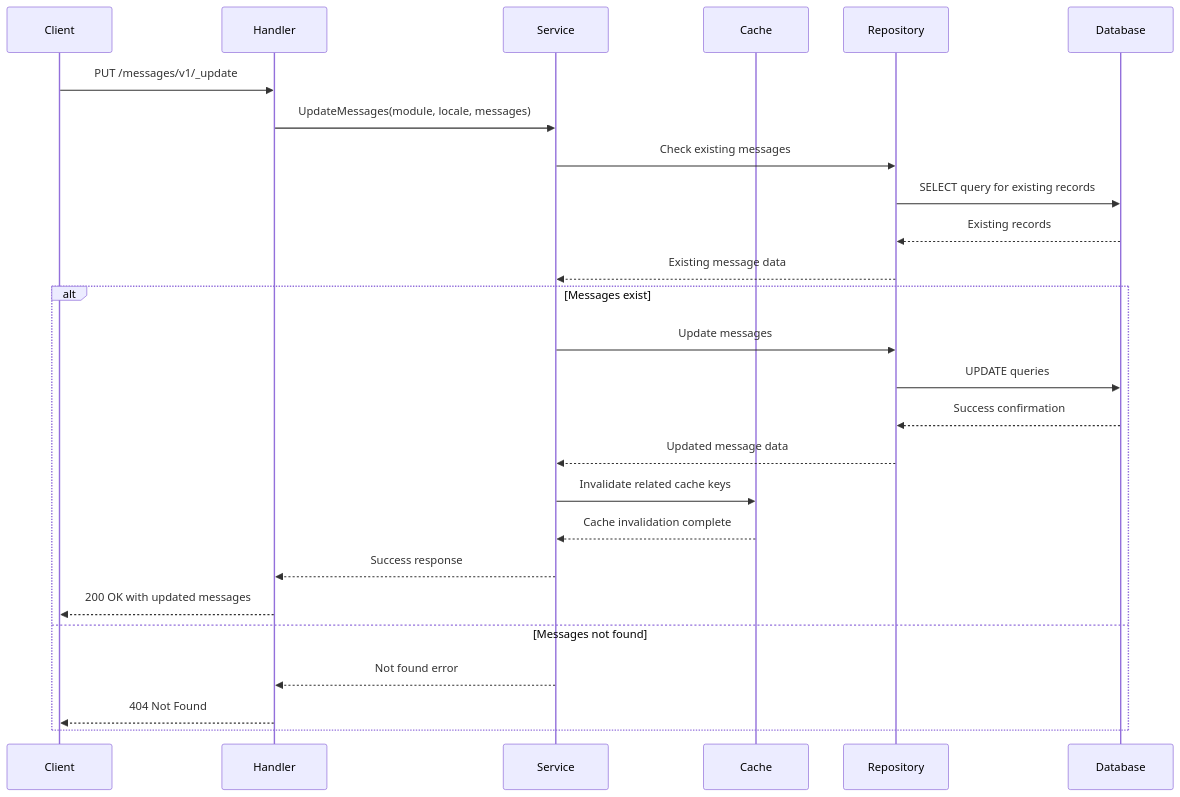
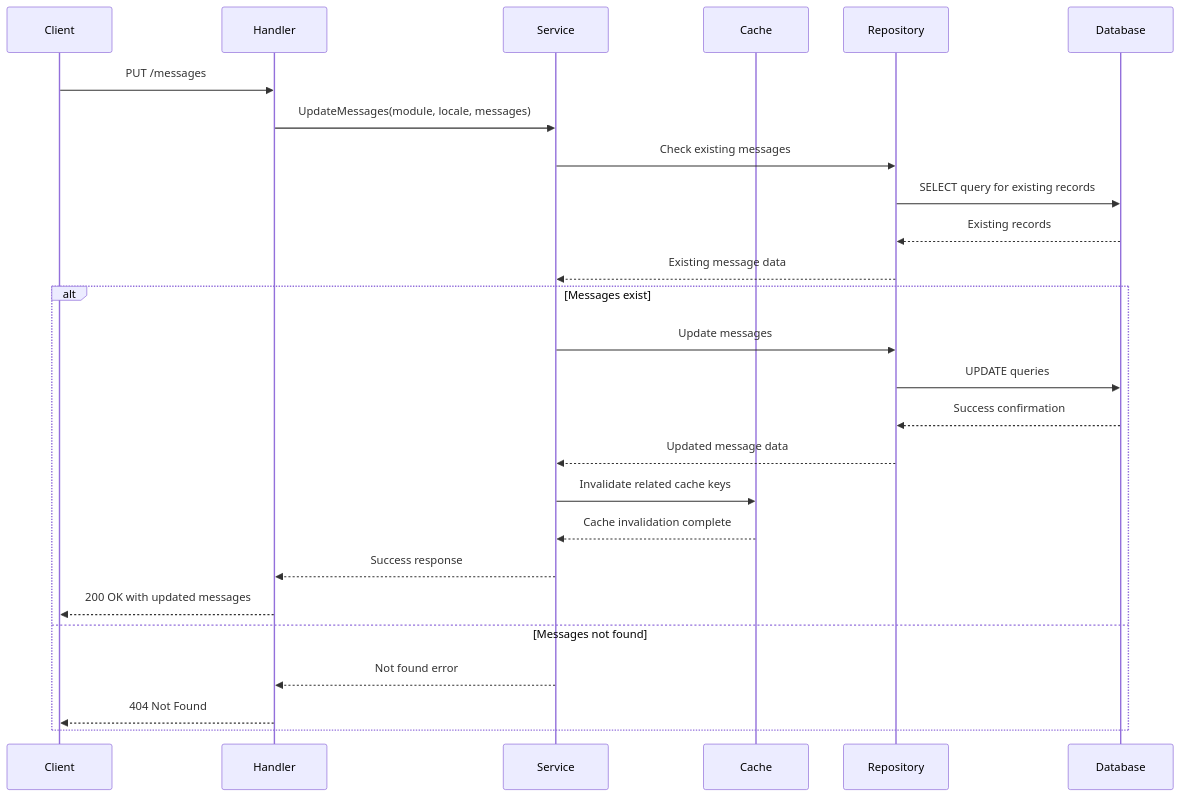
The fourth of 7 diagrams in code/services/localisationgo/README.md (anishEgov/digit3), drawn with Mermaid before and after one commit. The commit also changed other lines of this file, not shown here.

````diff
--- a/code/services/localisationgo/README.md
+++ b/code/services/localisationgo/README.md
@@ -405,33 +421,33 @@
 ```mermaid
 sequenceDiagram
     participant Client
     participant Handler
     participant Service
     participant Cache
     participant Repository
     participant Database
 
-    Client->>Handler: PUT /messages/v1/_update
+    Client->>Handler: PUT /messages
     Handler->>Service: UpdateMessages(module, locale, messages)
     
     Service->>Repository: Check existing messages
     Repository->>Database: SELECT query for existing records
     Database-->>Repository: Existing records
     Repository-->>Service: Existing message data
     
     alt Messages exist
         Service->>Repository: Update messages
         Repository->>Database: UPDATE queries
         Database-->>Repository: Success confirmation
         Repository-->>Service: Updated message data
         
         Service->>Cache: Invalidate related cache keys
         Cache-->>Service: Cache invalidation complete
         
         Service-->>Handler: Success response
         Handler-->>Client: 200 OK with updated messages
     else Messages not found
         Service-->>Handler: Not found error
         Handler-->>Client: 404 Not Found
     end
 ```
````
